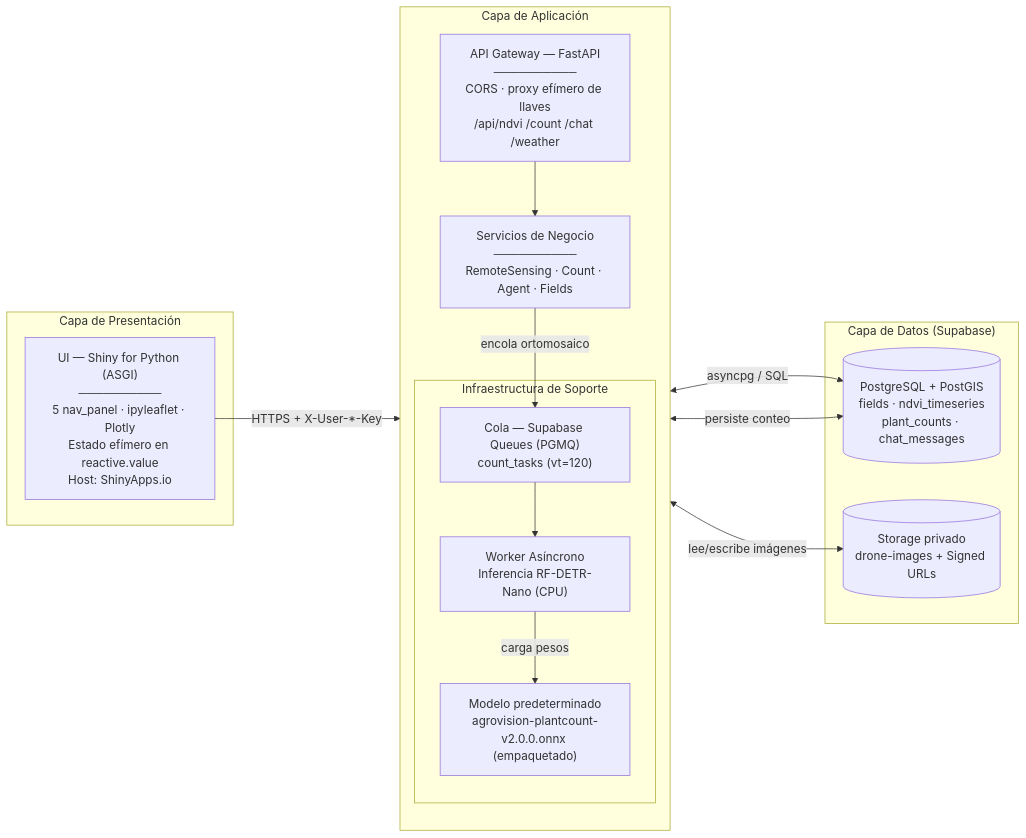
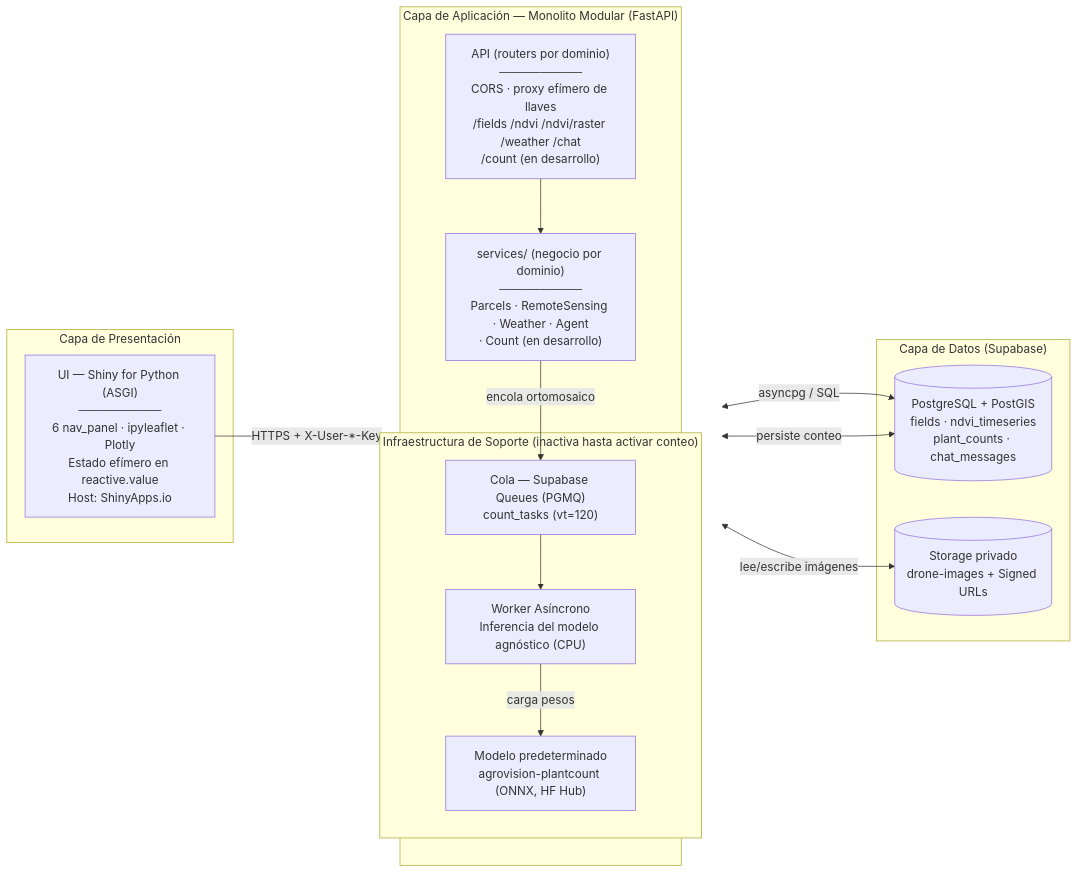
Before and after one commit to AlexPrietoRomani/AgroVision: the second of 7 diagrams in docs/architect/architecture_agrovision.md, drawn with Mermaid. The commit also changed other lines of this file and 1 other file, not shown here.

First line of the commit message:
docs(arquitectura,db): plataforma de 6 módulos, monolito modular y NDVI 5 años

````diff
--- a/docs/architect/architecture_agrovision.md
+++ b/docs/architect/architecture_agrovision.md
@@ -47,31 +53,31 @@
 ```mermaid
 flowchart LR
     subgraph Cliente["Capa de Presentación"]
-        UI["UI — Shiny for Python (ASGI)<br/>──────────<br/>5 nav_panel · ipyleaflet · Plotly<br/>Estado efímero en reactive.value<br/>Host: ShinyApps.io"]
+        UI["UI — Shiny for Python (ASGI)<br/>──────────<br/>6 nav_panel · ipyleaflet · Plotly<br/>Estado efímero en reactive.value<br/>Host: ShinyApps.io"]
     end
 
-    subgraph Backend["Capa de Aplicación"]
+    subgraph Backend["Capa de Aplicación — Monolito Modular (FastAPI)"]
         direction TB
-        API["API Gateway — FastAPI<br/>──────────<br/>CORS · proxy efímero de llaves<br/>/api/ndvi /count /chat /weather"]
-        LOGIC["Servicios de Negocio<br/>──────────<br/>RemoteSensing · Count · Agent · Fields"]
-        subgraph Infra["Infraestructura de Soporte"]
+        API["API (routers por dominio)<br/>──────────<br/>CORS · proxy efímero de llaves<br/>/fields /ndvi /ndvi/raster /weather /chat<br/>/count (en desarrollo)"]
+        LOGIC["services/ (negocio por dominio)<br/>──────────<br/>Parcels · RemoteSensing · Weather · Agent<br/>· Count (en desarrollo)"]
+        subgraph Infra["Infraestructura de Soporte (inactiva hasta activar conteo)"]
             QUEUE["Cola — Supabase Queues (PGMQ)<br/>count_tasks (vt=120)"]
-            WORKER["Worker Asíncrono<br/>Inferencia RF-DETR-Nano (CPU)"]
-            MODEL["Modelo predeterminado<br/>agrovision-plantcount-v2.0.0.onnx (empaquetado)"]
+            WORKER["Worker Asíncrono<br/>Inferencia del modelo agnóstico (CPU)"]
+            MODEL["Modelo predeterminado<br/>agrovision-plantcount (ONNX, HF Hub)"]
         end
     end
 
     subgraph Datos["Capa de Datos (Supabase)"]
         DB[("PostgreSQL + PostGIS<br/>fields · ndvi_timeseries<br/>plant_counts · chat_messages")]
         ST[("Storage privado<br/>drone-images + Signed URLs")]
     end
 
     UI -->|"HTTPS + X-User-*-Key"| API
     API --> LOGIC
     LOGIC -->|"encola ortomosaico"| QUEUE
     QUEUE --> WORKER
     WORKER -->|"carga pesos"| MODEL
     LOGIC <-->|"asyncpg / SQL"| DB
     WORKER <-->|"persiste conteo"| DB
     WORKER <-->|"lee/escribe imágenes"| ST
 ```
````
